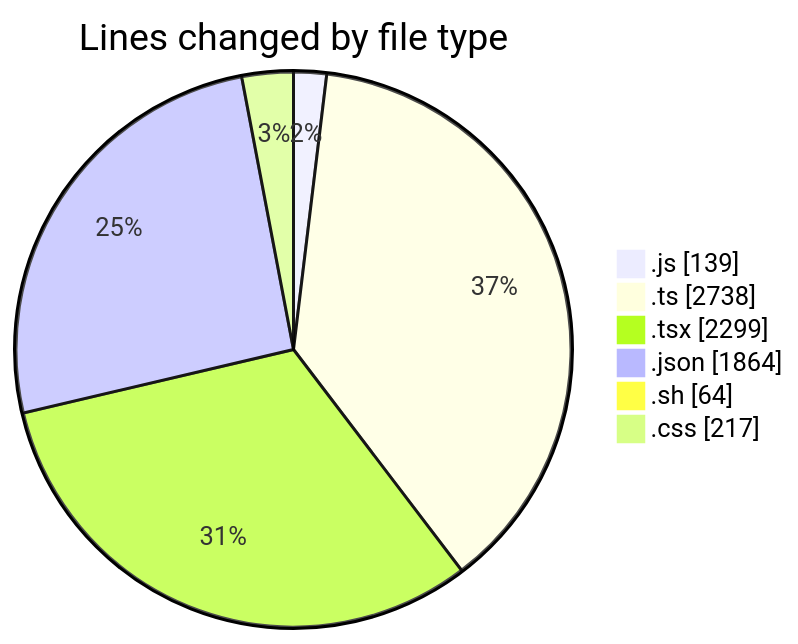
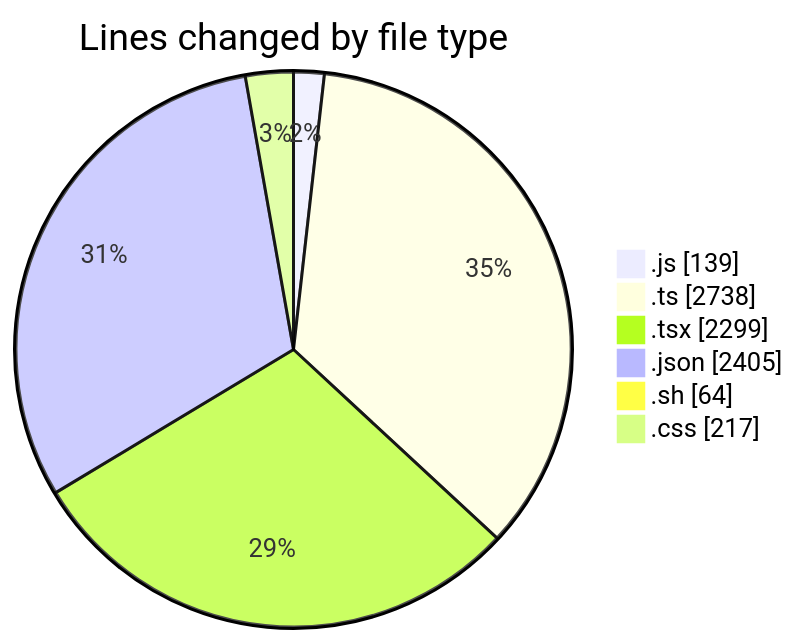
The first of 2 diagrams in 2025-07-14/ribbon/README.md (EIIisD/code-tracking), drawn with Mermaid before and after one commit. The commit also changed other lines of this file and 1 other file, not shown here.

````diff
--- a/2025-07-14/ribbon/README.md
+++ b/2025-07-14/ribbon/README.md
@@ -53,10 +53,10 @@
 ```mermaid
 pie showData
 title Lines changed by file type
 ".js" : 139
 ".ts" : 2738
 ".tsx" : 2299
-".json" : 1864
+".json" : 2405
 ".sh" : 64
 ".css" : 217
 ```
````
